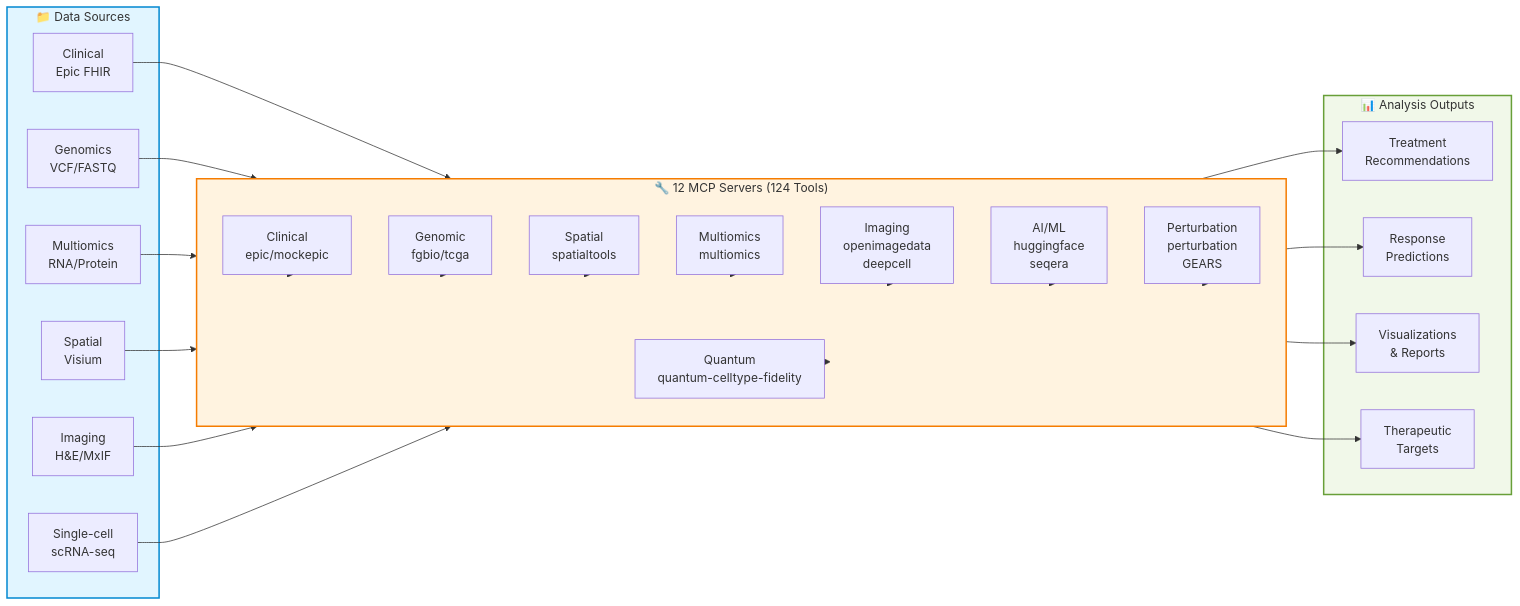
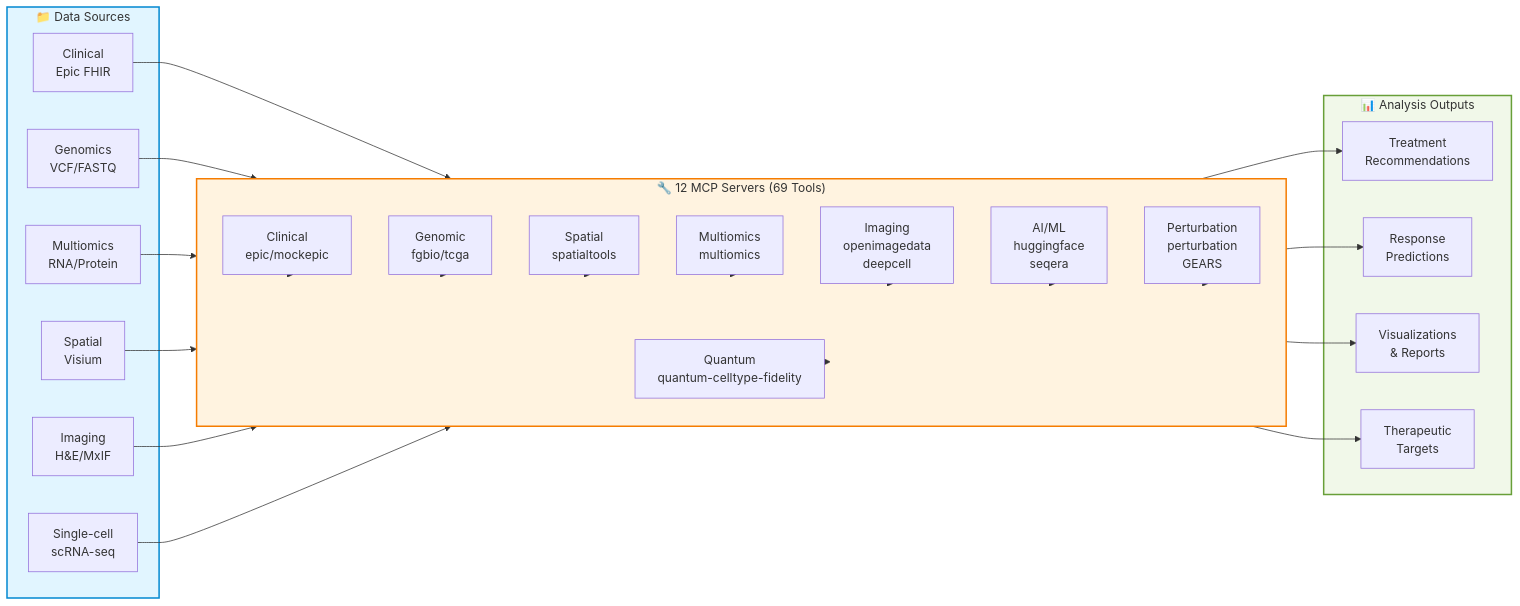
One commit to raymond301/precision-medicine-mcp changed the first of 2 diagrams in docs/architecture/README.md. Above: the diagram before and after it, drawn with Mermaid. The commit also changed other lines of this file and 4 other files, not shown here.

````diff
--- a/docs/architecture/README.md
+++ b/docs/architecture/README.md
@@ -9,55 +9,55 @@
 ```mermaid
 graph LR
     subgraph Input["📁 Data Sources"]
         EHR[Clinical<br/>Epic FHIR]
         SEQ[Genomics<br/>VCF/FASTQ]
         OMICS[Multiomics<br/>RNA/Protein]
         SPATIAL[Spatial<br/>Visium]
         IMG[Imaging<br/>H&E/MxIF]
         SCRNA[Single-cell<br/>scRNA-seq]
     end
 
-    subgraph MCP["🔧 12 MCP Servers (124 Tools)"]
+    subgraph MCP["🔧 12 MCP Servers (69 Tools)"]
         direction TB
         S1[Clinical<br/>epic/mockepic]
         S2[Genomic<br/>fgbio/tcga]
         S3[Spatial<br/>spatialtools]
         S4[Multiomics<br/>multiomics]
         S5[Imaging<br/>openimagedata<br/>deepcell]
         S6[AI/ML<br/>huggingface<br/>seqera]
         S7[Perturbation<br/>perturbation<br/>GEARS]
         S8[Quantum<br/>quantum-celltype-fidelity]
     end
 
     subgraph Output["📊 Analysis Outputs"]
         TREAT[Treatment<br/>Recommendations]
         PREDICT[Response<br/>Predictions]
         VIZ[Visualizations<br/>& Reports]
         INSIGHTS[Therapeutic<br/>Targets]
     end
 
     EHR --> S1
     SEQ --> S2
     OMICS --> S4
     SPATIAL --> S3
     IMG --> S5
     SCRNA --> S7
 
     S1 --> MCP
     S2 --> MCP
     S3 --> MCP
     S4 --> MCP
     S5 --> MCP
     S6 --> MCP
     S7 --> MCP
     S8 --> MCP
 
     MCP --> TREAT
     MCP --> PREDICT
     MCP --> VIZ
     MCP --> INSIGHTS
 
     style Input fill:#e1f5ff,stroke:#0288d1,stroke-width:2px
     style MCP fill:#fff3e0,stroke:#f57c00,stroke-width:2px
     style Output fill:#f1f8e9,stroke:#689f38,stroke-width:2px
 ```
````
